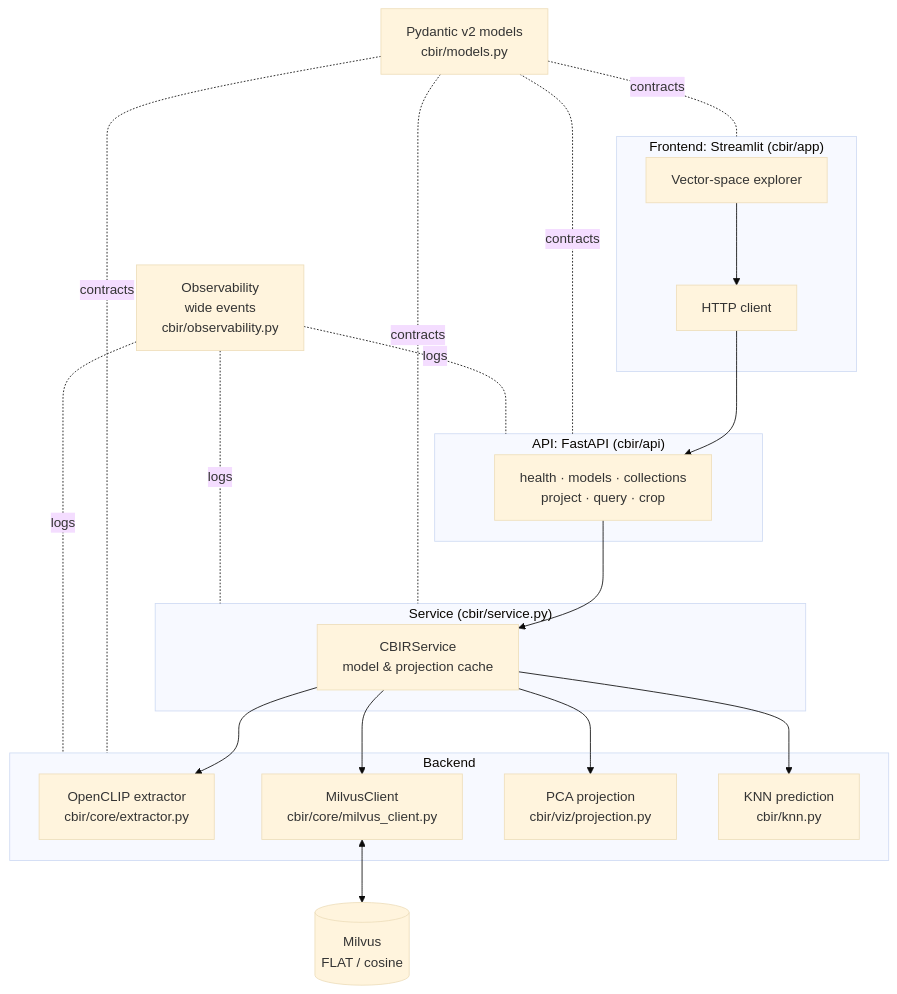
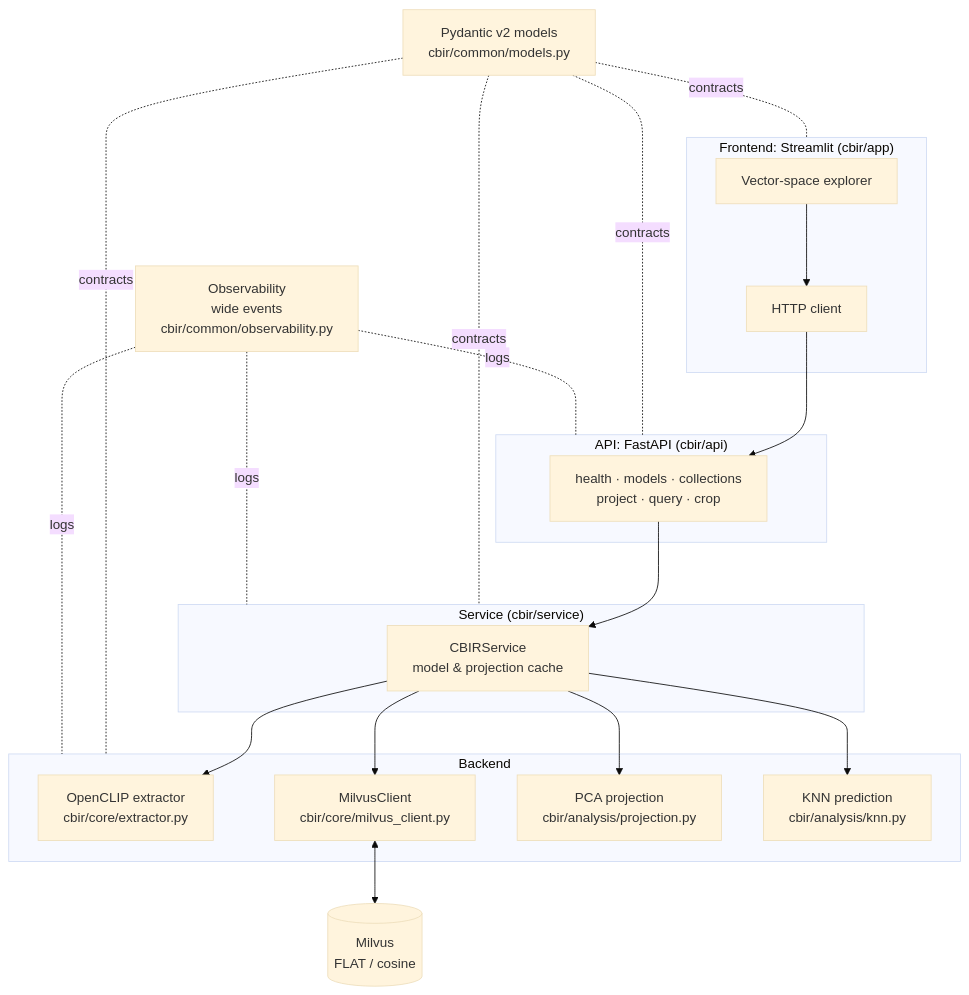
The first of 8 diagrams in docs/REPORT.md (gabrivoy/masters-cbir), drawn with Mermaid (base theme) before and after one commit. The commit also changed other lines of this file and 9 other files, not shown here.

Commit message:
chore: update code references to match new architectural decisions

````diff
--- a/docs/REPORT.md
+++ b/docs/REPORT.md
@@ -150,28 +150,28 @@
 ```mermaid
 flowchart TB
     subgraph FE["Frontend: Streamlit (cbir/app)"]
       UI[Vector-space explorer]
       CL[HTTP client]
     end
     subgraph API["API: FastAPI (cbir/api)"]
       EP["health · models · collections<br/>project · query · crop"]
     end
-    subgraph SVC["Service (cbir/service.py)"]
+    subgraph SVC["Service (cbir/service)"]
       CS[CBIRService<br/>model & projection cache]
     end
     subgraph BE["Backend"]
       EX[OpenCLIP extractor<br/>cbir/core/extractor.py]
       MC[MilvusClient<br/>cbir/core/milvus_client.py]
-      PR[PCA projection<br/>cbir/viz/projection.py]
-      KN[KNN prediction<br/>cbir/knn.py]
+      PR[PCA projection<br/>cbir/analysis/projection.py]
+      KN[KNN prediction<br/>cbir/analysis/knn.py]
     end
     DB[(Milvus<br/>FLAT / cosine)]
-    MODELS[Pydantic v2 models<br/>cbir/models.py]
-    OBS[Observability<br/>wide events<br/>cbir/observability.py]
+    MODELS[Pydantic v2 models<br/>cbir/common/models.py]
+    OBS[Observability<br/>wide events<br/>cbir/common/observability.py]
 
     UI --> CL --> EP --> CS
     CS --> EX & MC & PR & KN
     MC <--> DB
     MODELS -.contracts.- FE & API & SVC & BE
     OBS -.logs.- API & SVC & BE
 ```
````
